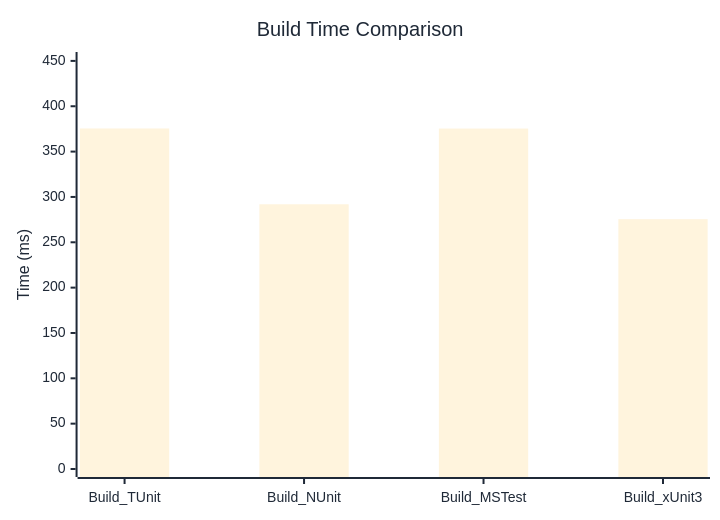
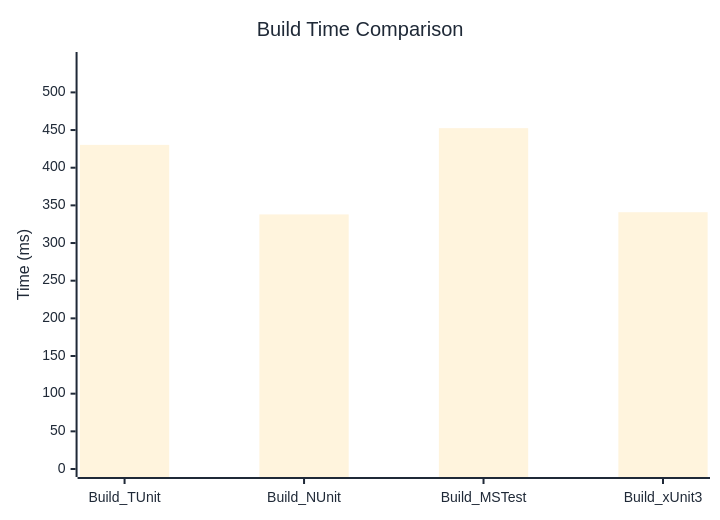
One commit to thomhurst/TUnit changed the diagram in docs/docs/benchmarks/engine/BuildTime.md. Above: the diagram before and after it, drawn with Mermaid. The commit also changed other lines of this file and 17 other files, not shown here.

````diff
--- a/docs/docs/benchmarks/engine/BuildTime.md
+++ b/docs/docs/benchmarks/engine/BuildTime.md
@@ -30,37 +30,37 @@
 ```mermaid
 %%{init: {
   'theme':'base',
   'themeVariables': {
     'primaryColor': '#2563eb',
     'primaryTextColor': '#1f2937',
     'primaryBorderColor': '#1e40af',
     'lineColor': '#6b7280',
     'secondaryColor': '#7c3aed',
     'tertiaryColor': '#dc2626',
     'background': '#ffffff',
     'mainBkg': '#2563eb',
     'secondBkg': '#7c3aed',
     'tertiaryBkg': '#dc2626',
     'clusterBkg': '#f3f4f6',
     'edgeLabelBackground': '#ffffff',
     'tertiaryTextColor': '#1f2937',
     'pie1': '#2563eb',
     'pie2': '#7c3aed',
     'pie3': '#dc2626',
     'pie4': '#f59e0b',
     'pie5': '#10b981',
     'pie6': '#06b6d4',
     'pie7': '#ec4899',
     'pie8': '#6366f1',
     'pie9': '#84cc16',
     'pie10': '#f97316',
     'pie11': '#14b8a6',
     'pie12': '#a855f7'
   }
 }}%%
 xychart-beta
   title "Build Time Comparison"
   x-axis ["Build_TUnit", "Build_NUnit", "Build_MSTest", "Build_xUnit3"]
-  y-axis "Time (ms)" 0 --> 451
-  bar [375.5, 291.9, 375.4, 275.5]
+  y-axis "Time (ms)" 0 --> 543
+  bar [430.3, 338, 452.5, 340.9]
 ```
````
